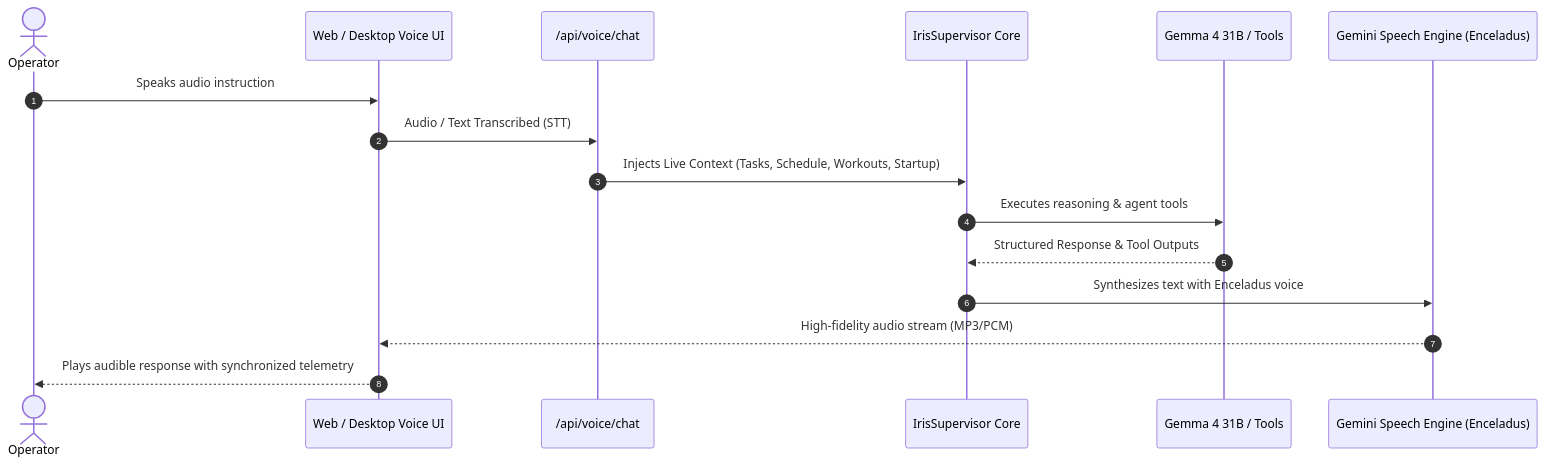
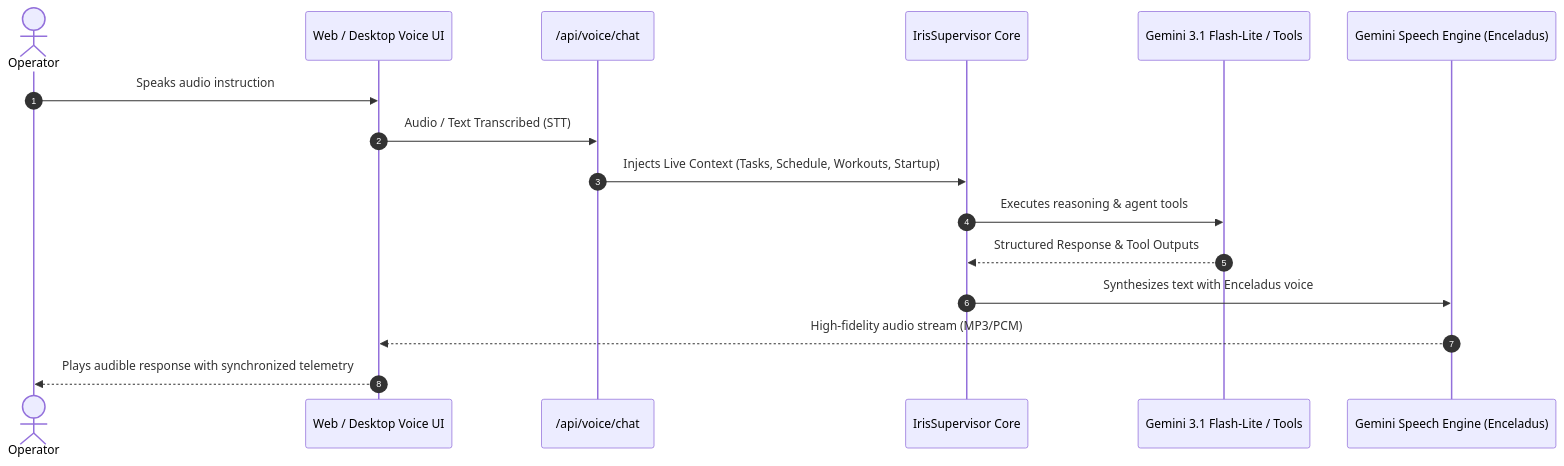
One commit to KIRTAN0902/IRIS changed the fourth of 5 diagrams in KNOWLEDGE_TRANSFER.md. Above: the diagram before and after it, drawn with Mermaid. The commit also changed other lines of this file and 23 other files, not shown here.

````diff
--- a/KNOWLEDGE_TRANSFER.md
+++ b/KNOWLEDGE_TRANSFER.md
@@ -163,19 +211,19 @@
 ```mermaid
 sequenceDiagram
     autonumber
     actor User as Operator
     participant Client as Web / Desktop Voice UI
     participant VoiceRouter as /api/voice/chat
     participant Supervisor as IrisSupervisor Core
-    participant Gemma as Gemma 4 31B / Tools
+    participant Model as Gemini 3.1 Flash-Lite / Tools
     participant GeminiTTS as Gemini Speech Engine (Enceladus)
 
     User->>Client: Speaks audio instruction
     Client->>VoiceRouter: Audio / Text Transcribed (STT)
     VoiceRouter->>Supervisor: Injects Live Context (Tasks, Schedule, Workouts, Startup)
-    Supervisor->>Gemma: Executes reasoning & agent tools
-    Gemma-->>Supervisor: Structured Response & Tool Outputs
+    Supervisor->>Model: Executes reasoning & agent tools
+    Model-->>Supervisor: Structured Response & Tool Outputs
     Supervisor->>GeminiTTS: Synthesizes text with Enceladus voice
     GeminiTTS-->>Client: High-fidelity audio stream (MP3/PCM)
     Client-->>User: Plays audible response with synchronized telemetry
 ```
````
